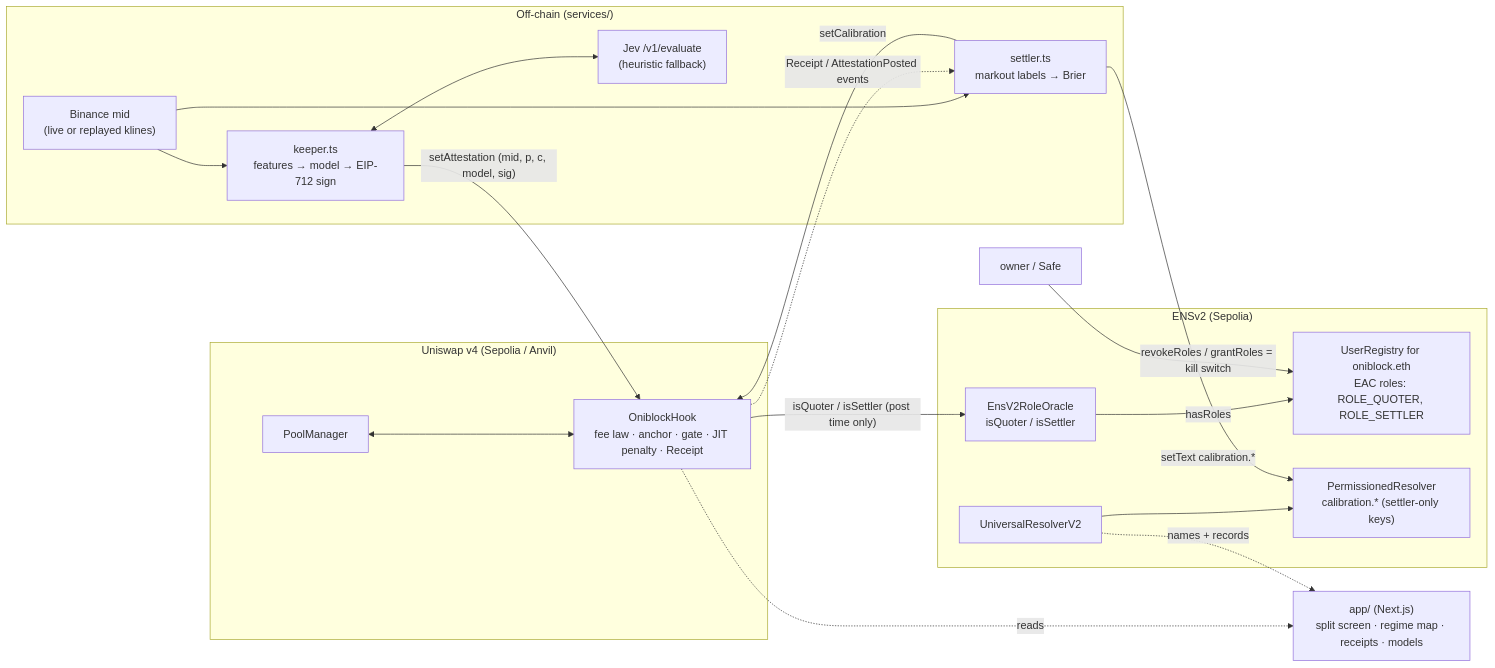
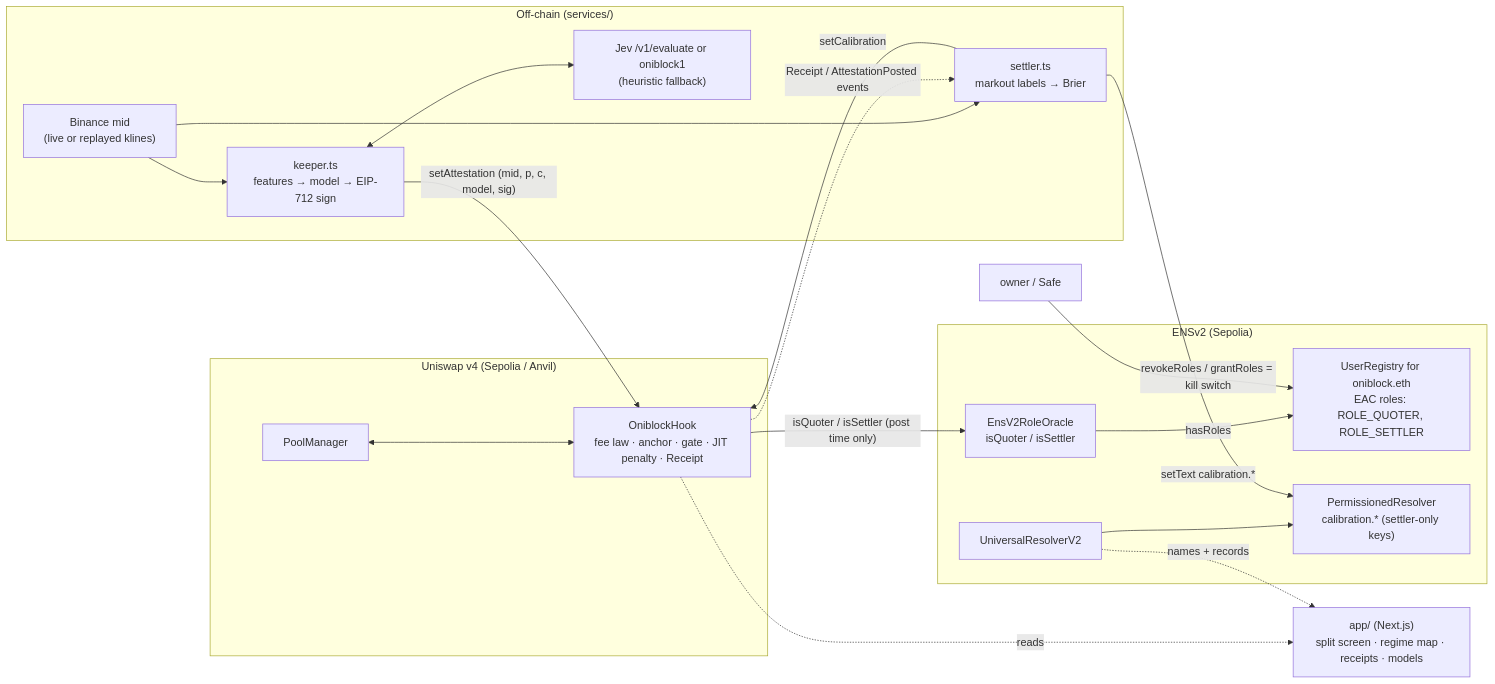
One commit to oniblok/oniblock changed the diagram in README.md. Above: the diagram before and after it, drawn with Mermaid. The commit also changed other lines of this file and 3 other files, not shown here.

First line of the commit message:
docs: No hook vs Jev vs oniblock1 on the held-out test and the mainnet-block benchmark

````diff
--- a/README.md
+++ b/README.md
@@ -41,37 +41,37 @@
 ```mermaid
 flowchart LR
   subgraph offchain["Off-chain (services/)"]
     CEX["Binance mid<br/>(live or replayed klines)"]
     KEEP["keeper.ts<br/>features → model → EIP-712 sign"]
-    MODEL["Jev /v1/evaluate<br/>(heuristic fallback)"]
+    MODEL["Jev /v1/evaluate or oniblock1<br/>(heuristic fallback)"]
     SETTLE["settler.ts<br/>markout labels → Brier"]
     CEX --> KEEP
     KEEP <--> MODEL
     CEX --> SETTLE
   end
 
   subgraph v4["Uniswap v4 (Sepolia / Anvil)"]
     PM["PoolManager"]
     HOOK["OniblockHook<br/>fee law · anchor · gate · JIT penalty · Receipt"]
     PM <--> HOOK
   end
 
   subgraph ens["ENSv2 (Sepolia)"]
     REG["UserRegistry for oniblock.eth<br/>EAC roles: ROLE_QUOTER, ROLE_SETTLER"]
     RES["PermissionedResolver<br/>calibration.* (settler-only keys)"]
     ORACLE["EnsV2RoleOracle<br/>isQuoter / isSettler"]
     UR["UniversalResolverV2"]
     ORACLE -->|hasRoles| REG
     UR --> RES
   end
 
   KEEP -->|"setAttestation (mid, p, c, model, sig)"| HOOK
   SETTLE -->|setCalibration| HOOK
   SETTLE -->|"setText calibration.*"| RES
   HOOK -->|"isQuoter / isSettler (post time only)"| ORACLE
   HOOK -. "Receipt / AttestationPosted events" .-> SETTLE
   APP["app/ (Next.js)<br/>split screen · regime map · receipts · models"]
   HOOK -. reads .-> APP
   UR -. names + records .-> APP
   OWNER["owner / Safe"] -->|"revokeRoles / grantRoles = kill switch"| REG
 ```
````
